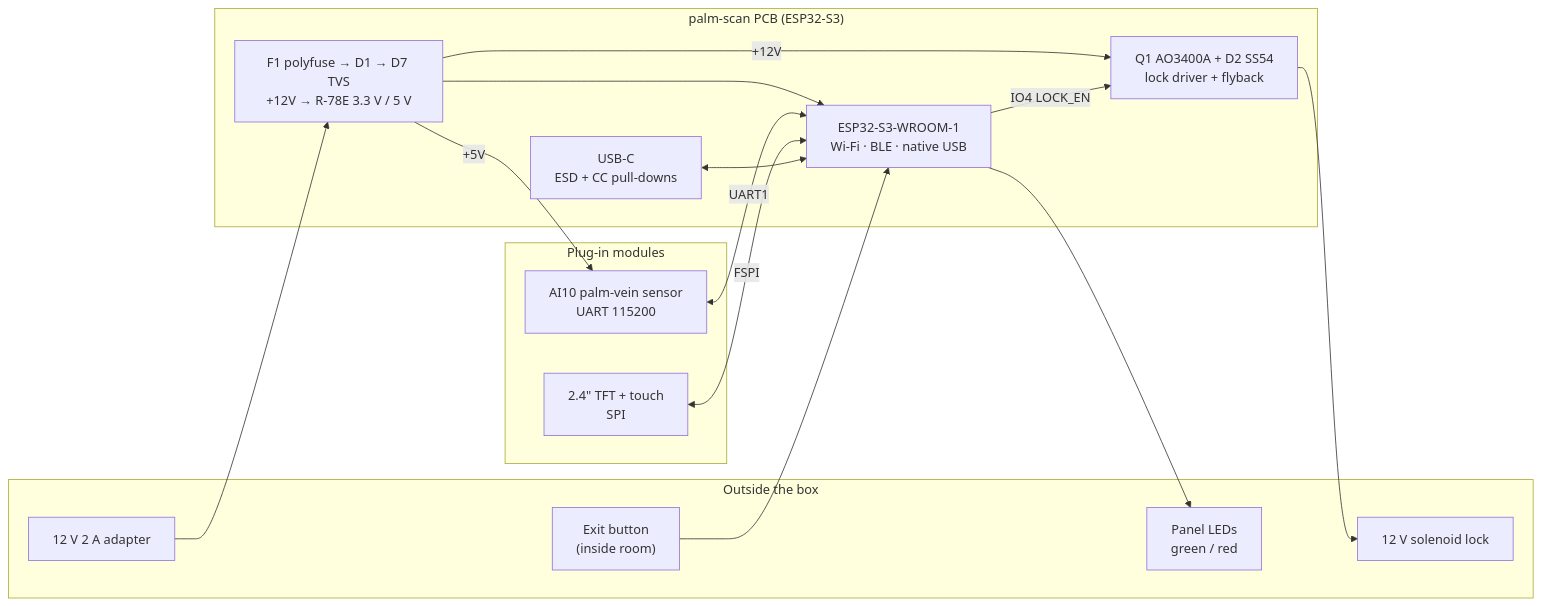
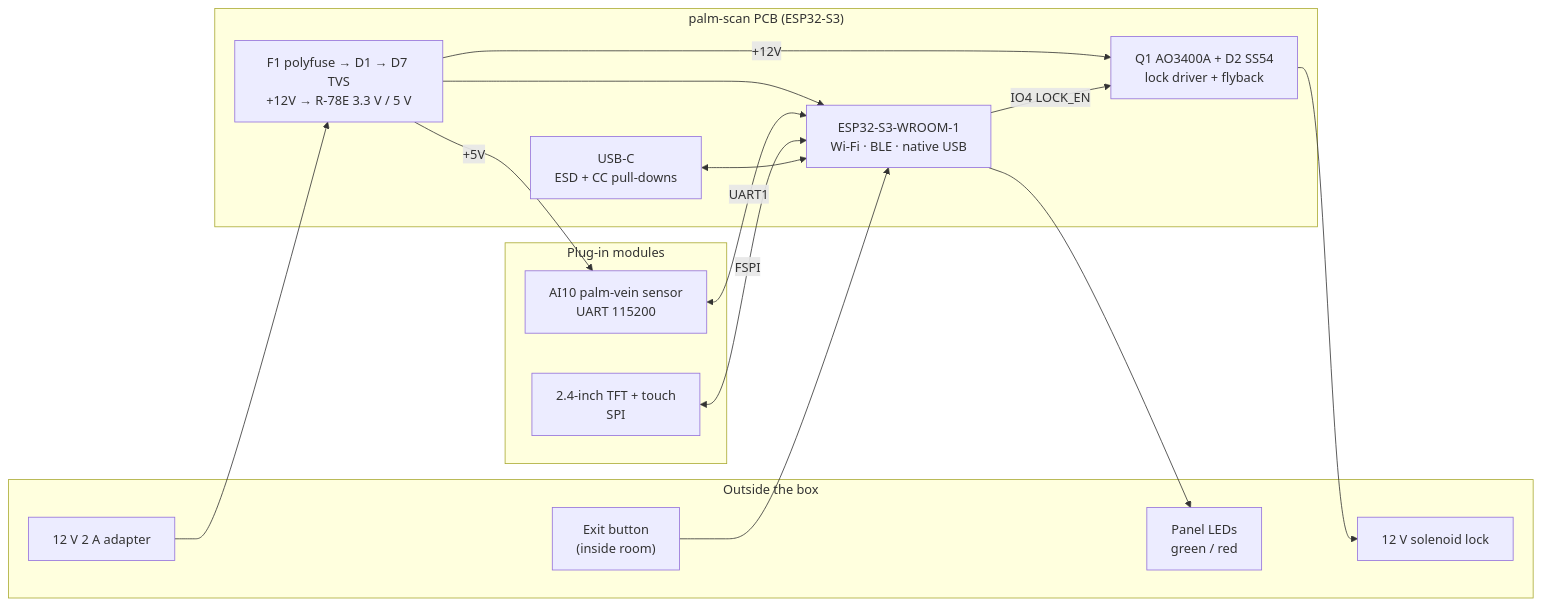
Before and after one commit to coolvnod/palm-scan: the diagram in README.md, drawn with Mermaid.

Commit message:
README: fix mermaid label that broke GitHub rendering
Claude-Session: https://claude.ai/code/session_01PASUS3ZjHN9rYEA7oxiDuL

````diff
--- a/README.md
+++ b/README.md
@@ -52,31 +52,31 @@
 ```mermaid
 flowchart LR
     subgraph Field["Outside the box"]
         ADP["12 V 2 A adapter"]
         LOCK["12 V solenoid lock"]
         EXIT["Exit button<br/>(inside room)"]
         PANEL["Panel LEDs<br/>green / red"]
     end
 
     subgraph PCB["palm-scan PCB (ESP32-S3)"]
         PWR["F1 polyfuse → D1 → D7 TVS<br/>+12V → R-78E 3.3 V / 5 V"]
         MCU["ESP32-S3-WROOM-1<br/>Wi-Fi · BLE · native USB"]
         DRV["Q1 AO3400A + D2 SS54<br/>lock driver + flyback"]
         USB["USB-C<br/>ESD + CC pull-downs"]
     end
 
     subgraph Modules["Plug-in modules"]
         AI10["AI10 palm-vein sensor<br/>UART 115200"]
-        TFT["2.4&quot; TFT + touch<br/>SPI"]
+        TFT["2.4-inch TFT + touch<br/>SPI"]
     end
 
     ADP --> PWR --> MCU
     PWR -- "+5V" --> AI10
     PWR -- "+12V" --> DRV --> LOCK
     AI10 <-- "UART1" --> MCU
     TFT <-- "FSPI" --> MCU
     MCU -- "IO4 LOCK_EN" --> DRV
     EXIT --> MCU
     MCU --> PANEL
     USB <--> MCU
 ```
````
